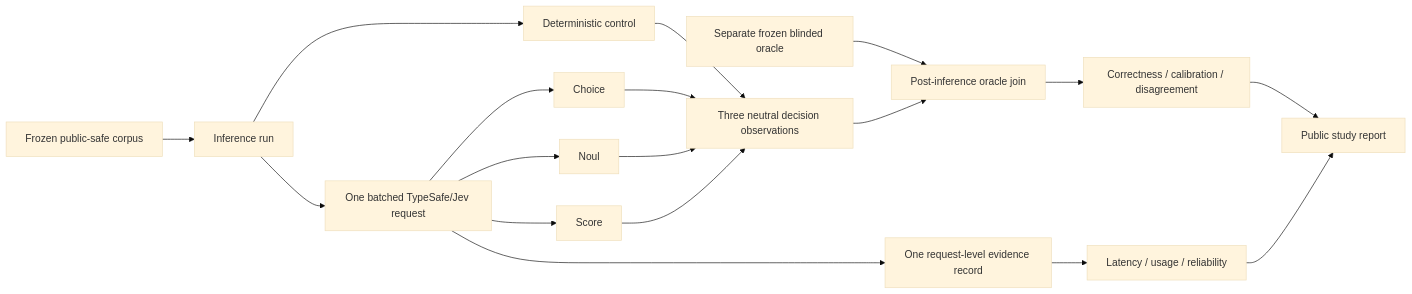
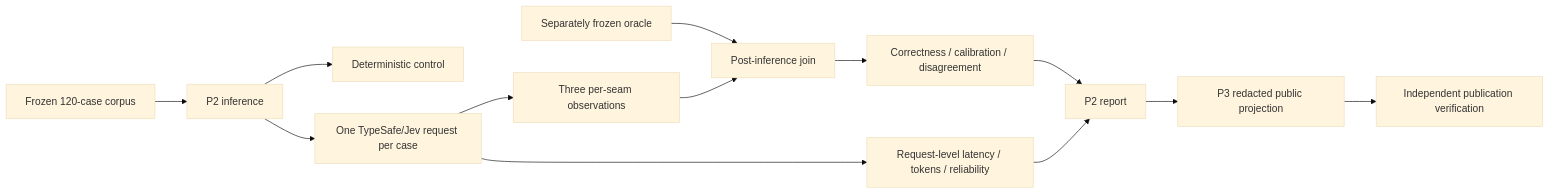
The diagram in comparative-eval/routing-semantic-v1/IMPLEMENTATION_STATUS.md (ngallodev-software/agent-workflow-benchmark-results), drawn with Mermaid (base theme) before and after one commit. The commit also changed other lines of this file, not shown here.

```diff
--- a/comparative-eval/routing-semantic-v1/IMPLEMENTATION_STATUS.md
+++ b/comparative-eval/routing-semantic-v1/IMPLEMENTATION_STATUS.md
@@ -7,20 +18,15 @@
 ~~~mermaid
 flowchart LR
-    A[Frozen public-safe corpus] --> B[Inference run]
+    A[Frozen 120-case corpus] --> B[P2 inference]
     B --> C[Deterministic control]
-    B --> D[One batched TypeSafe/Jev request]
-    D --> D1[Choice]
-    D --> D2[Noul]
-    D --> D3[Score]
-    C --> E[Three neutral decision observations]
-    D1 --> E
-    D2 --> E
-    D3 --> E
-    D --> F[One request-level evidence record]
-    G[Separate frozen blinded oracle] --> H[Post-inference oracle join]
-    E --> H
-    H --> I[Correctness / calibration / disagreement]
-    F --> J[Latency / usage / reliability]
-    I --> K[Public study report]
-    J --> K
+    B --> D[One TypeSafe/Jev request per case]
+    D --> E[Three per-seam observations]
+    F[Separately frozen oracle] --> G[Post-inference join]
+    E --> G
+    G --> H[Correctness / calibration / disagreement]
+    D --> I[Request-level latency / tokens / reliability]
+    H --> J[P2 report]
+    I --> J
+    J --> K[P3 redacted public projection]
+    K --> L[Independent publication verification]
 ~~~
```
